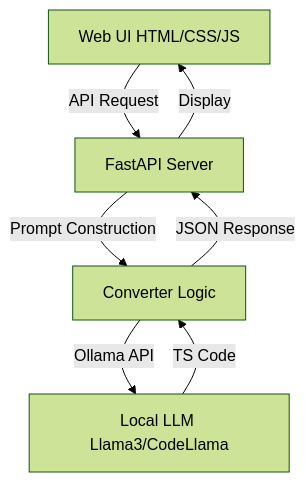
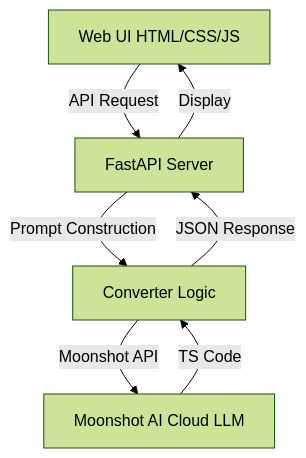
The diagram in README.md (rahultalwar/SeleniumToPlaywrightConverter), drawn with Mermaid (forest theme) before and after one commit. The commit also changed other lines of this file and 14 other files, not shown here.

````diff
--- a/README.md
+++ b/README.md
@@ -18,9 +18,9 @@
 ```mermaid
 graph TD
     UI[Web UI HTML/CSS/JS] -->|API Request| App[FastAPI Server]
     App -->|Prompt Construction| Converter[Converter Logic]
-    Converter -->|Ollama API| LLM[Local LLM Llama3/CodeLlama]
+    Converter -->|Moonshot API| LLM[Moonshot AI Cloud LLM]
     LLM -->|TS Code| Converter
     Converter -->|JSON Response| App
     App -->|Display| UI
 ```
````
